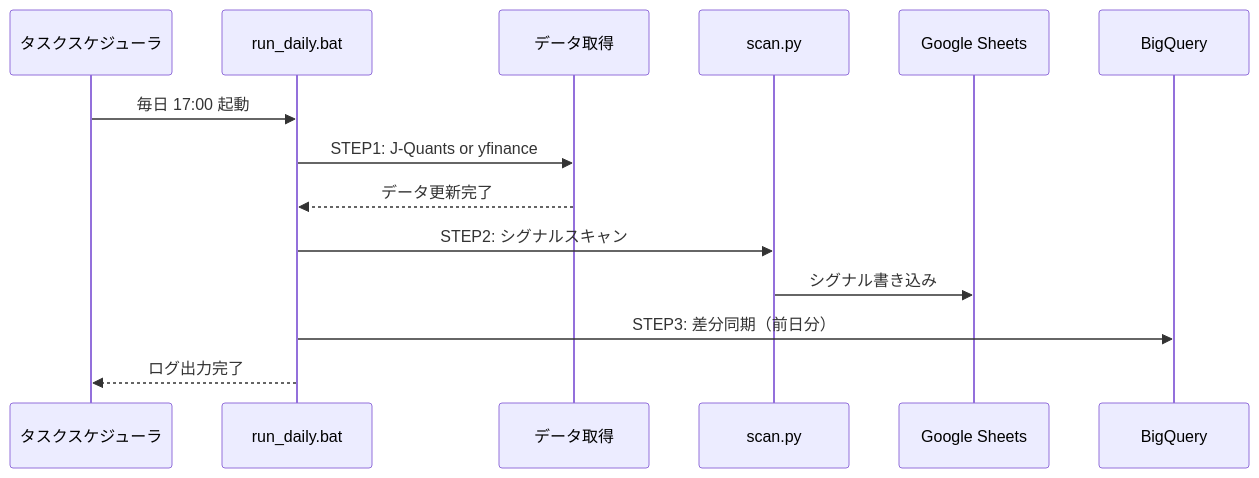
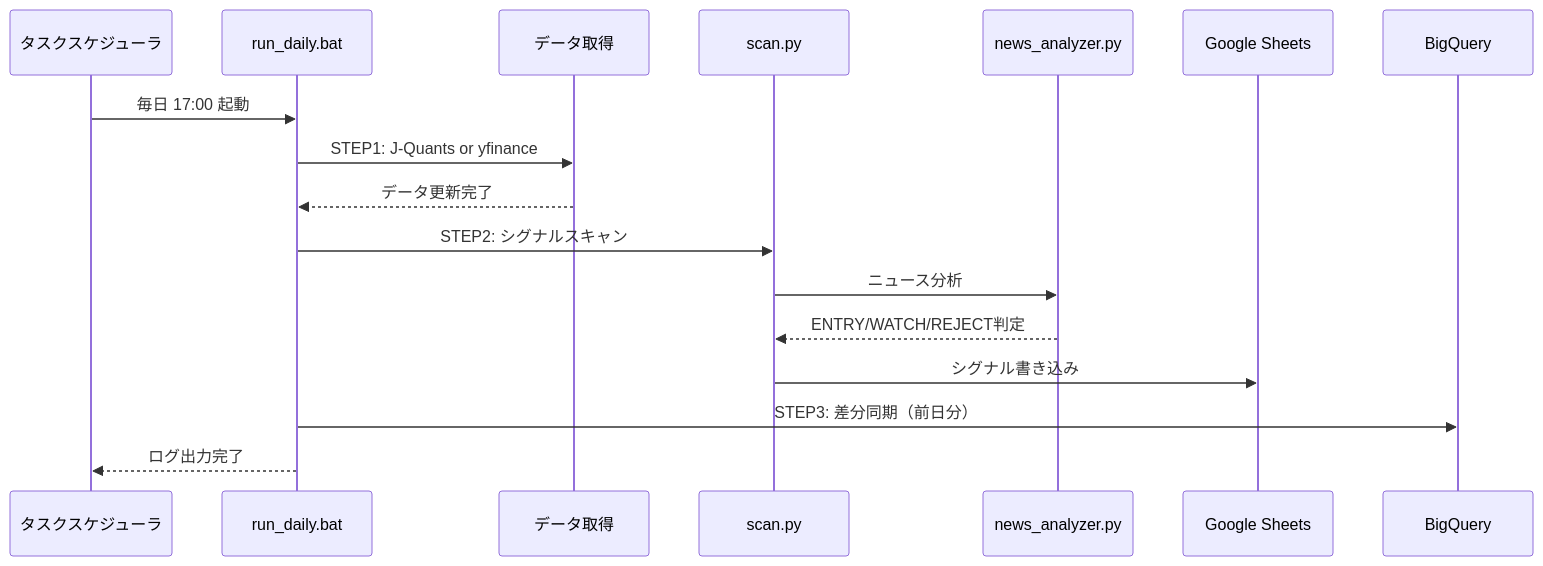
Before and after one commit to yke-t/jquants-stock-collector: the second of 3 diagrams in docs/ARCHITECTURE.md, drawn with Mermaid. The commit also changed other lines of this file, not shown here.

Commit message:
Update ARCHITECTURE.md: add Phase 5 news analyzer documentation

````diff
--- a/docs/ARCHITECTURE.md
+++ b/docs/ARCHITECTURE.md
@@ -70,17 +71,20 @@
 ```mermaid
 sequenceDiagram
     participant Scheduler as タスクスケジューラ
     participant Bat as run_daily.bat
     participant Data as データ取得
     participant Scan as scan.py
+    participant News as news_analyzer.py
     participant Sheets as Google Sheets
     participant BQ as BigQuery
     
     Scheduler->>Bat: 毎日 17:00 起動
     Bat->>Data: STEP1: J-Quants or yfinance
     Data-->>Bat: データ更新完了
     Bat->>Scan: STEP2: シグナルスキャン
+    Scan->>News: ニュース分析
+    News-->>Scan: ENTRY/WATCH/REJECT判定
     Scan->>Sheets: シグナル書き込み
     Bat->>BQ: STEP3: 差分同期（前日分）
     Bat-->>Scheduler: ログ出力完了
 ```
````
